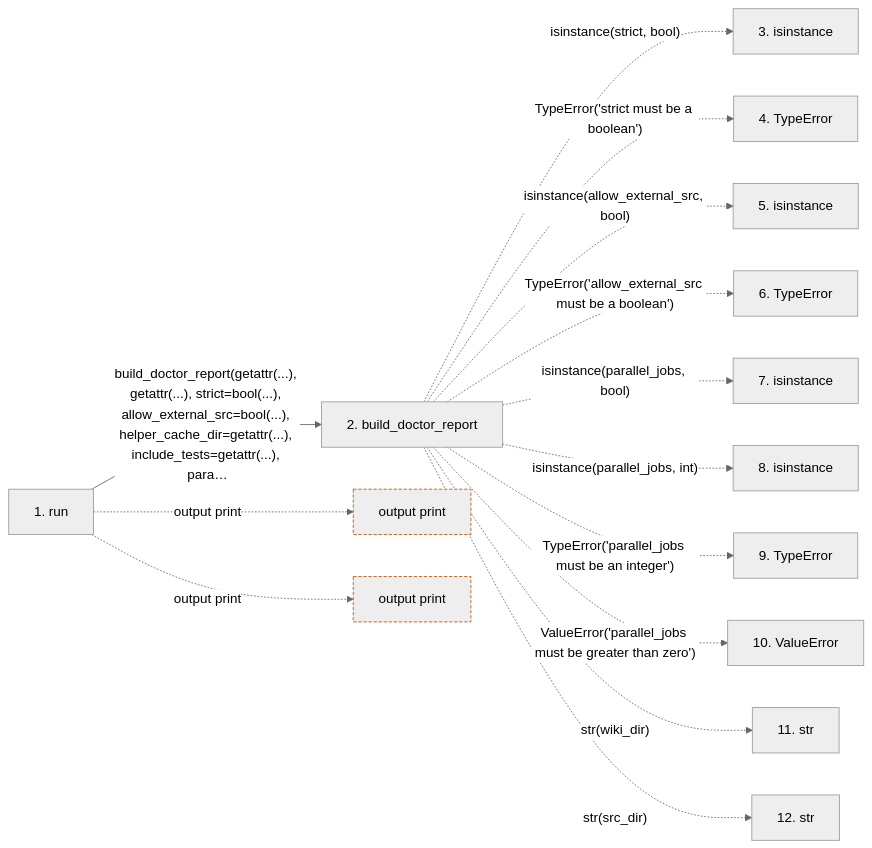
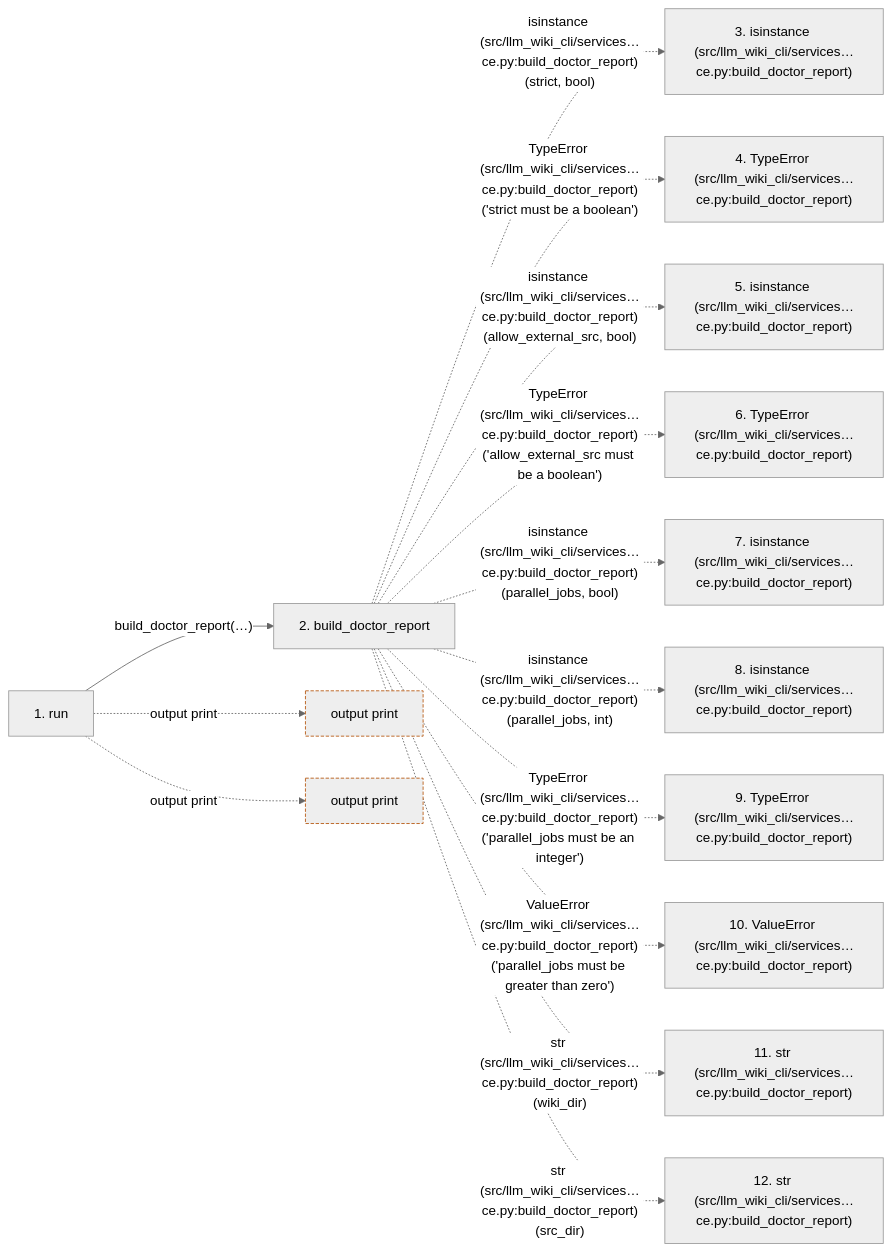
Before and after one commit to Denissvgn/python-wiki-llm: the second of 2 diagrams in docs/llm_wiki/flows/cli-doctor.md, drawn with Mermaid (neutral theme). The commit also changed other lines of this file and 719 other files, not shown here.

````diff
--- a/docs/llm_wiki/flows/cli-doctor.md
+++ b/docs/llm_wiki/flows/cli-doctor.md
@@ -108,35 +113,35 @@
 ```mermaid
 flowchart LR
     s1["1. run"]
     s2["2. build_doctor_report"]
-    s3["3. isinstance"]
-    s4["4. TypeError"]
-    s5["5. isinstance"]
-    s6["6. TypeError"]
-    s7["7. isinstance"]
-    s8["8. isinstance"]
-    s9["9. TypeError"]
-    s10["10. ValueError"]
-    s11["11. str"]
-    s12["12. str"]
-    s1 -->|"build_doctor_report(getattr(...), getattr(...), strict=bool(...), allow_external_src=bool(...), helper_cache_dir=getattr(...), include_tests=getattr(...), para…"| s2
-    s2 -. "isinstance(strict, bool)" .-> s3
-    s2 -. "TypeError('strict must be a boolean')" .-> s4
-    s2 -. "isinstance(allow_external_src, bool)" .-> s5
-    s2 -. "TypeError('allow_external_src must be a boolean')" .-> s6
-    s2 -. "isinstance(parallel_jobs, bool)" .-> s7
-    s2 -. "isinstance(parallel_jobs, int)" .-> s8
-    s2 -. "TypeError('parallel_jobs must be an integer')" .-> s9
-    s2 -. "ValueError('parallel_jobs must be greater than zero')" .-> s10
-    s2 -. "str(wiki_dir)" .-> s11
-    s2 -. "str(src_dir)" .-> s12
+    s3["3. isinstance (src/llm_wiki_cli/services…ce.py:build_doctor_report)"]
+    s4["4. TypeError (src/llm_wiki_cli/services…ce.py:build_doctor_report)"]
+    s5["5. isinstance (src/llm_wiki_cli/services…ce.py:build_doctor_report)"]
+    s6["6. TypeError (src/llm_wiki_cli/services…ce.py:build_doctor_report)"]
+    s7["7. isinstance (src/llm_wiki_cli/services…ce.py:build_doctor_report)"]
+    s8["8. isinstance (src/llm_wiki_cli/services…ce.py:build_doctor_report)"]
+    s9["9. TypeError (src/llm_wiki_cli/services…ce.py:build_doctor_report)"]
+    s10["10. ValueError (src/llm_wiki_cli/services…ce.py:build_doctor_report)"]
+    s11["11. str (src/llm_wiki_cli/services…ce.py:build_doctor_report)"]
+    s12["12. str (src/llm_wiki_cli/services…ce.py:build_doctor_report)"]
+    s1 -->|"build_doctor_report(…)"| s2
+    s2 -. "isinstance (src/llm_wiki_cli/services…ce.py:build_doctor_report)(strict, bool)" .-> s3
+    s2 -. "TypeError (src/llm_wiki_cli/services…ce.py:build_doctor_report)('strict must be a boolean')" .-> s4
+    s2 -. "isinstance (src/llm_wiki_cli/services…ce.py:build_doctor_report)(allow_external_src, bool)" .-> s5
+    s2 -. "TypeError (src/llm_wiki_cli/services…ce.py:build_doctor_report)('allow_external_src must be a boolean')" .-> s6
+    s2 -. "isinstance (src/llm_wiki_cli/services…ce.py:build_doctor_report)(parallel_jobs, bool)" .-> s7
+    s2 -. "isinstance (src/llm_wiki_cli/services…ce.py:build_doctor_report)(parallel_jobs, int)" .-> s8
+    s2 -. "TypeError (src/llm_wiki_cli/services…ce.py:build_doctor_report)('parallel_jobs must be an integer')" .-> s9
+    s2 -. "ValueError (src/llm_wiki_cli/services…ce.py:build_doctor_report)('parallel_jobs must be greater than zero')" .-> s10
+    s2 -. "str (src/llm_wiki_cli/services…ce.py:build_doctor_report)(wiki_dir)" .-> s11
+    s2 -. "str (src/llm_wiki_cli/services…ce.py:build_doctor_report)(src_dir)" .-> s12
     b0["output print"]
     s1 -. "output print" .-> b0
     b1["output print"]
     s1 -. "output print" .-> b1
     click s1 "../modules/doctor_cmd.md"
     click s2 "../modules/doctor_service.md"
     classDef boundary stroke:#b45309,stroke-dasharray: 4 2
     class b0 boundary
     class b1 boundary
 ```
````
